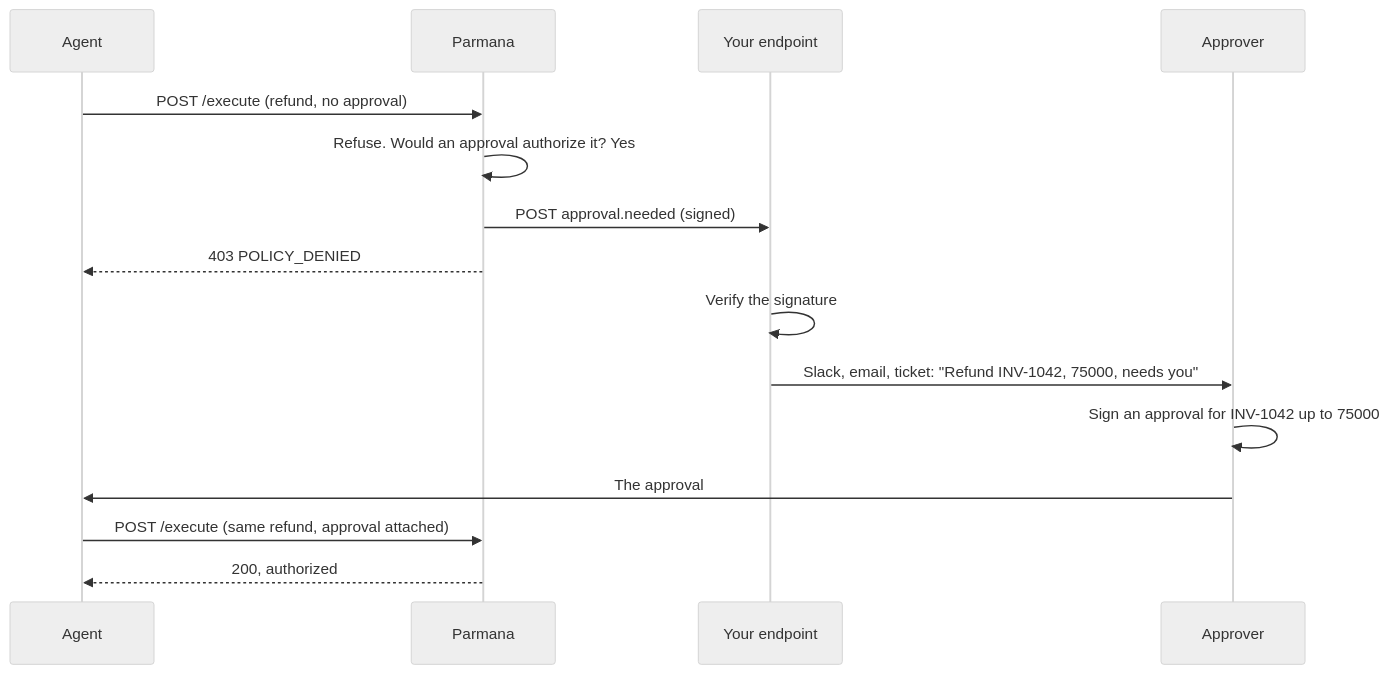
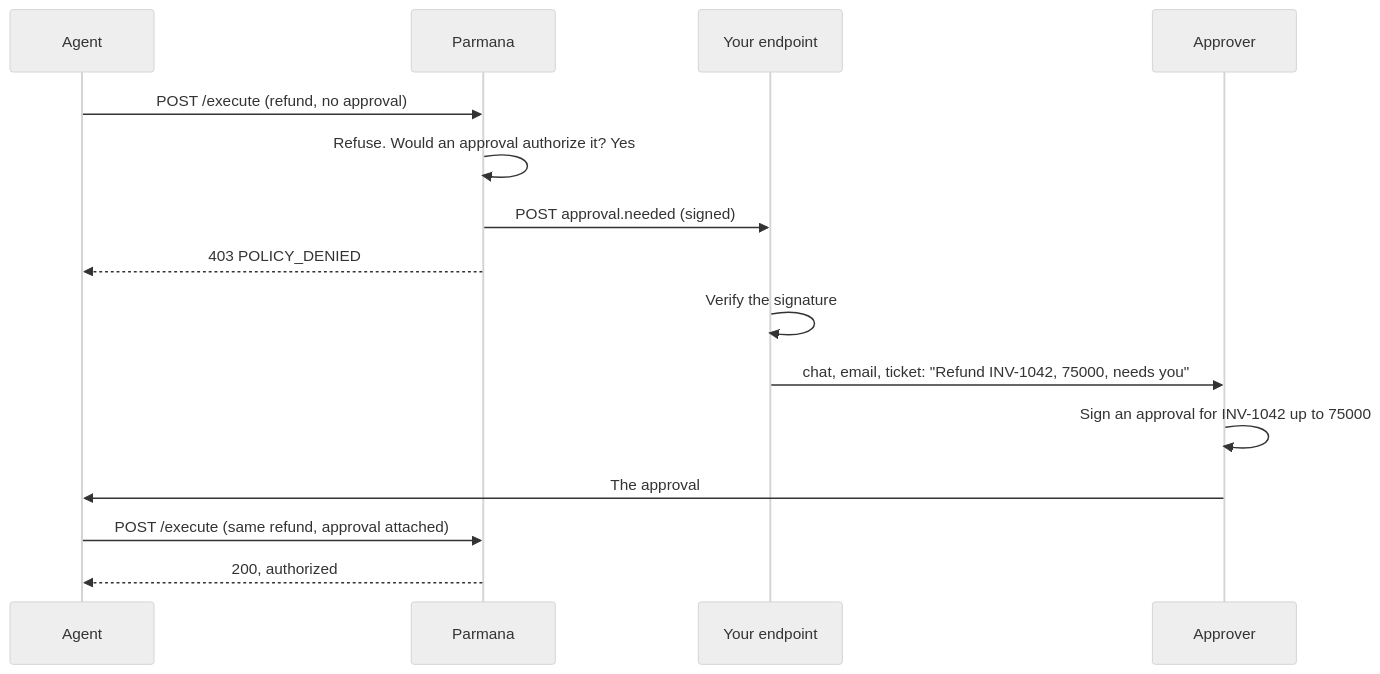
Before and after one commit to pavancharak/parmana-core: the diagram in docs/site/guides/approval-notifications.mdx, drawn with Mermaid (neutral theme). The commit also changed other lines of this file and 8 other files, not shown here.

````diff
--- a/docs/site/guides/approval-notifications.mdx
+++ b/docs/site/guides/approval-notifications.mdx
@@ -18,17 +18,17 @@
 ```mermaid
 sequenceDiagram
     participant G as Agent
     participant S as Parmana
     participant W as Your endpoint
     participant M as Approver
     G->>S: POST /execute (refund, no approval)
     S->>S: Refuse. Would an approval authorize it? Yes
     S->>W: POST approval.needed (signed)
     S-->>G: 403 POLICY_DENIED
     W->>W: Verify the signature
-    W->>M: Slack, email, ticket: "Refund INV-1042, 75000, needs you"
+    W->>M: chat, email, ticket: "Refund INV-1042, 75000, needs you"
     M->>M: Sign an approval for INV-1042 up to 75000
     M->>G: The approval
     G->>S: POST /execute (same refund, approval attached)
     S-->>G: 200, authorized
 ```
````
